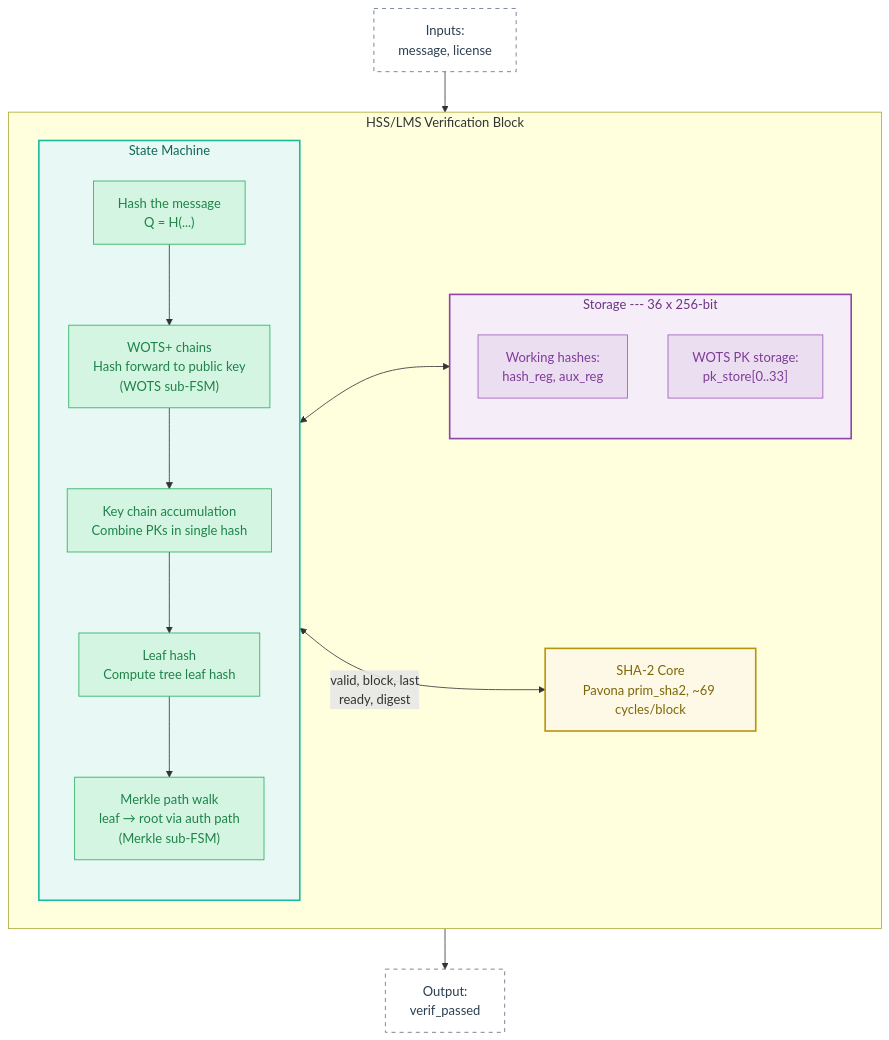
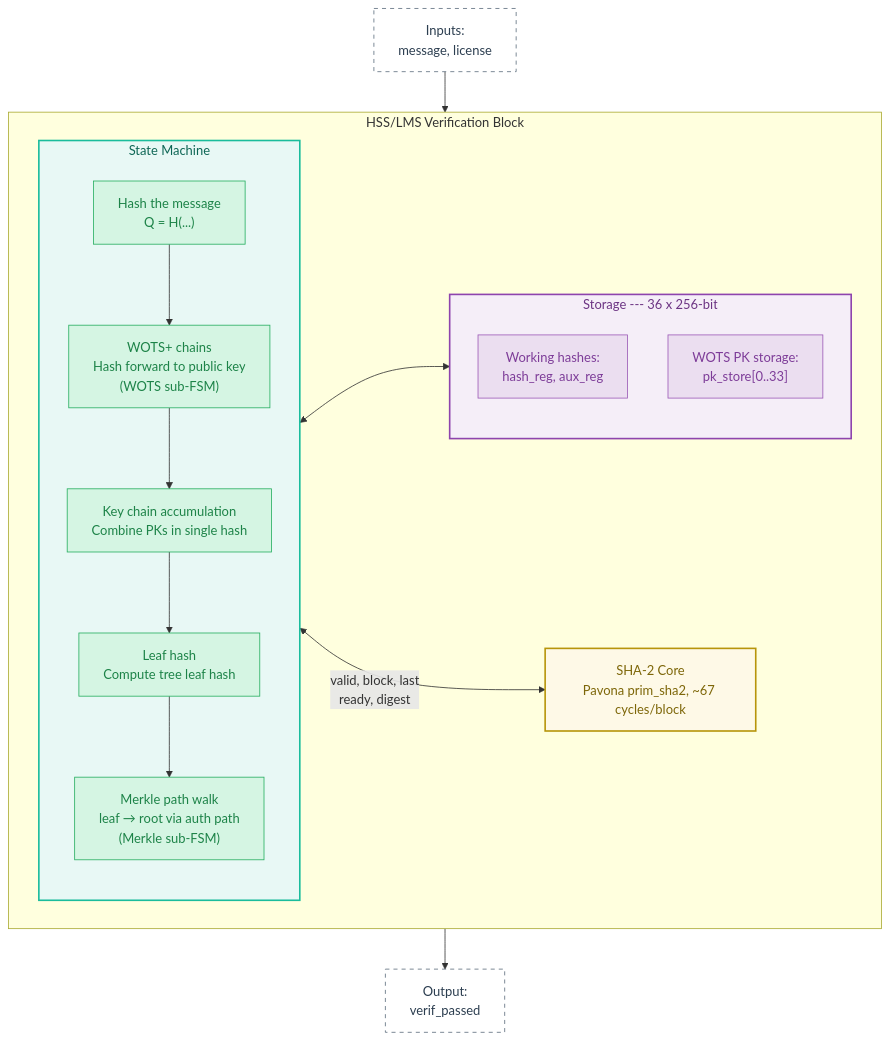
One commit to JamesPetrie/off-switch changed the fourth of 4 diagrams in README.md. Above: the diagram before and after it, drawn with Mermaid. The commit also changed other lines of this file and 17 other files, not shown here.

````diff
--- a/README.md
+++ b/README.md
@@ -535,49 +535,49 @@
 ```mermaid
 flowchart TB
     subgraph HSS["HSS/LMS Verification Block"]
         direction LR
 
         subgraph SM["State Machine"]
             direction TB
             SM_Q["Hash the message<br/>Q = H(...)"]
             SM_WOTS["WOTS+ chains<br/>Hash forward to public key<br/>(WOTS sub-FSM)"]
             SM_KC["Key chain accumulation<br/>Combine PKs in single hash"]
             SM_LEAF["Leaf hash<br/>Compute tree leaf hash"]
             SM_MRKL["Merkle path walk<br/>leaf → root via auth path<br/>(Merkle sub-FSM)"]
 
             SM_Q    --> SM_WOTS
             SM_WOTS --> SM_KC
             SM_KC   --> SM_LEAF
             SM_LEAF --> SM_MRKL
         end
 
         subgraph REGS["Storage --- 36 x 256-bit"]
             direction TB
             R_HASH["Working hashes:<br/>hash_reg, aux_reg"]
             R_PK["WOTS PK storage:<br/>pk_store[0..33]"]
         end
 
-        ENG["SHA-2 Core<br/>Pavona prim_sha2, ~69 cycles/block"]
+        ENG["SHA-2 Core<br/>Pavona prim_sha2, ~67 cycles/block"]
 
         SM <--> REGS
         SM <-->|"valid, block, last<br/>ready, digest"| ENG
     end
 
     EXT_IN["Inputs:<br/>message, license"] --> HSS
     HSS --> EXT_OUT["Output:<br/>verif_passed"]
 
     classDef outer    fill:#f0f7ff,stroke:#2563eb,stroke-width:2px,color:#1e40af
     classDef smbox    fill:#e8f8f5,stroke:#1abc9c,stroke-width:2px,color:#0e6655
     classDef smnode   fill:#d5f5e3,stroke:#27ae60,stroke-width:1px,color:#1d8348
     classDef regsbox  fill:#f5eef8,stroke:#8e44ad,stroke-width:2px,color:#6c3483
     classDef regsnode fill:#ebdef0,stroke:#9b59b6,stroke-width:1px,color:#7d3c98
     classDef engbox   fill:#fef9e7,stroke:#b7950b,stroke-width:2px,color:#7d6608
     classDef external fill:#ffffff,stroke:#5d6d7e,stroke-width:1px,stroke-dasharray: 5 5,color:#2c3e50
 
     class SM smbox
     class SM_Q,SM_WOTS,SM_KC,SM_LEAF,SM_MRKL smnode
     class REGS regsbox
     class R_HASH,R_PK regsnode
     class ENG engbox
     class EXT_IN,EXT_OUT external
 ```
````
